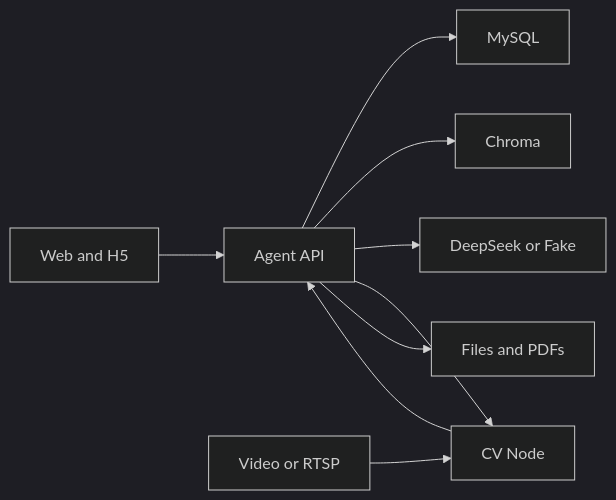
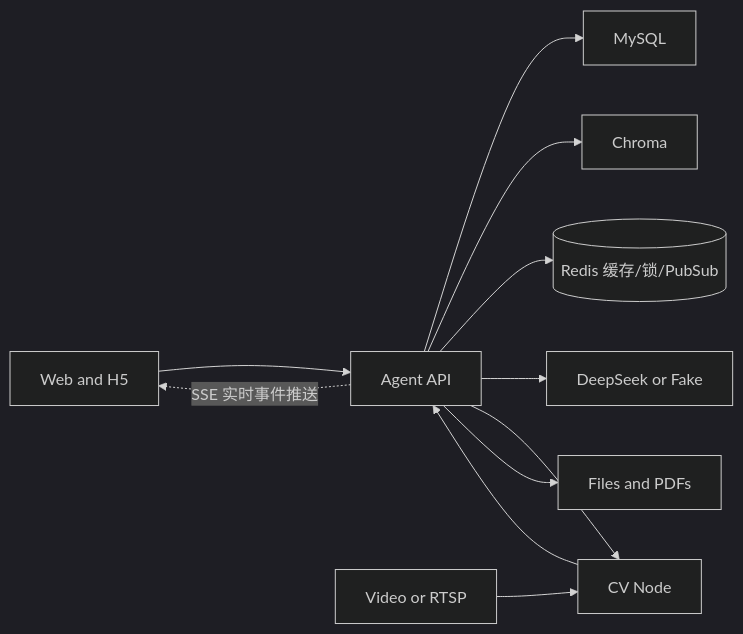
One commit to jjc303/civil_engineering_agent changed the diagram in docs/PROJECT_FUNCTIONS_AND_AGENT_TOOLS.md. Above: the diagram before and after it, drawn with Mermaid (dark theme). The commit also changed other lines of this file and 27 other files, not shown here.

````diff
--- a/docs/PROJECT_FUNCTIONS_AND_AGENT_TOOLS.md
+++ b/docs/PROJECT_FUNCTIONS_AND_AGENT_TOOLS.md
@@ -17,11 +17,13 @@
 ```mermaid
 graph LR
     Web[Web and H5] --> API[Agent API]
+    API -.->|SSE 实时事件推送| Web
     API --> DB[MySQL]
     API --> KB[Chroma]
+    API --> REDIS[(Redis 缓存/锁/PubSub)]
     API --> LLM[DeepSeek or Fake]
     API --> CV[CV Node]
     Video[Video or RTSP] --> CV
     CV --> API
     API --> Files[Files and PDFs]
 ```
````
